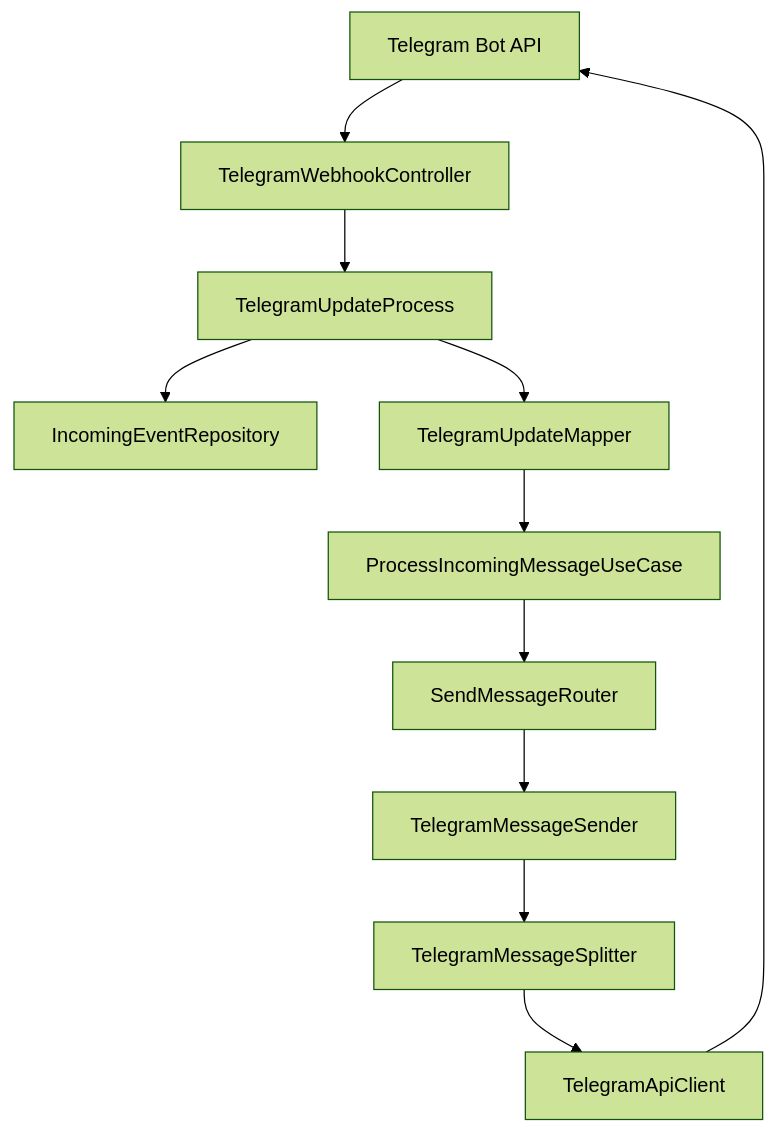
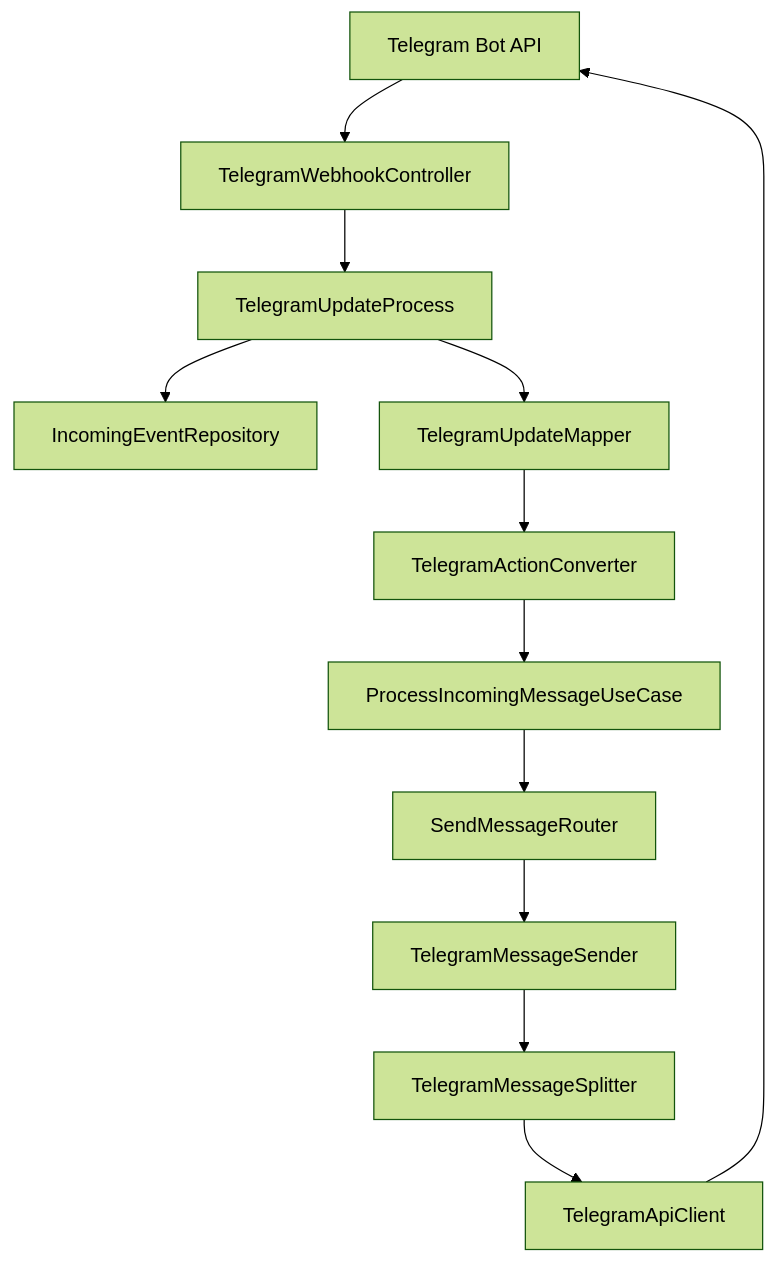
Before and after one commit to Bluedigi10/bluememo-api: the diagram in README.md, drawn with Mermaid (forest theme). The commit also changed other lines of this file and 66 other files, not shown here.

````diff
--- a/README.md
+++ b/README.md
@@ -61,13 +94,14 @@
 ```mermaid
 flowchart TD
     Telegram["Telegram Bot API"] --> Controller["TelegramWebhookController"]
     Controller --> UpdateProcess["TelegramUpdateProcess"]
     UpdateProcess --> EventRepository["IncomingEventRepository"]
     UpdateProcess --> Mapper["TelegramUpdateMapper"]
-    Mapper --> UseCase["ProcessIncomingMessageUseCase"]
+    Mapper --> Converter["TelegramActionConverter"]
+    Converter --> UseCase["ProcessIncomingMessageUseCase"]
     UseCase --> Router["SendMessageRouter"]
     Router --> Sender["TelegramMessageSender"]
     Sender --> Splitter["TelegramMessageSplitter"]
     Splitter --> Client["TelegramApiClient"]
     Client --> Telegram
 ```
````
